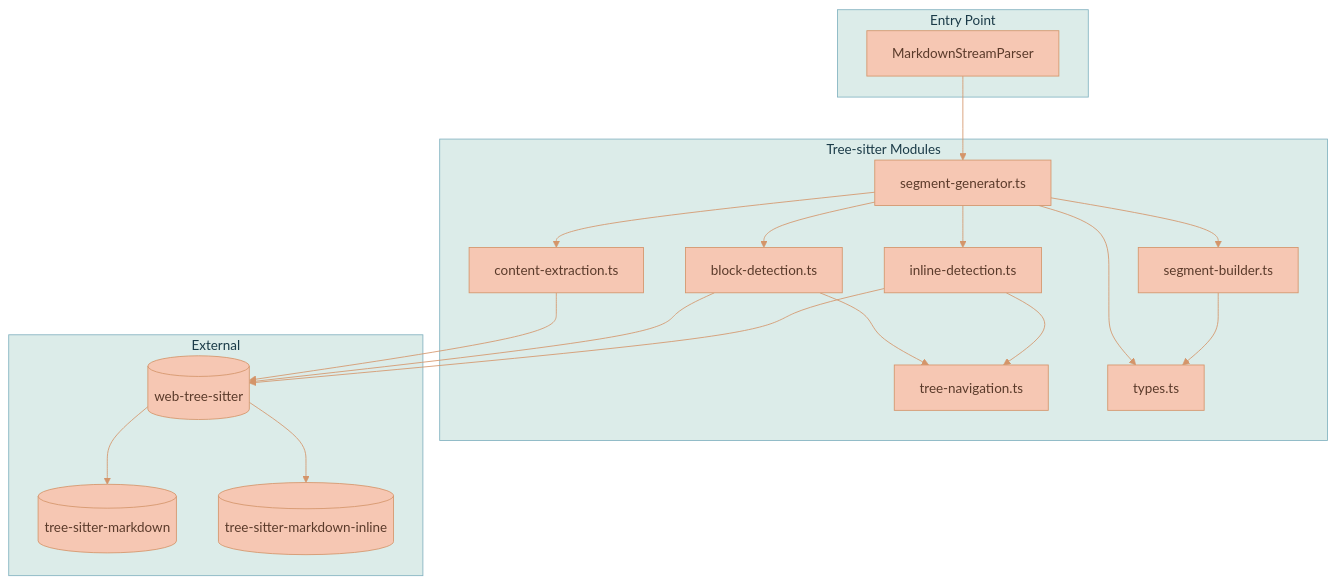
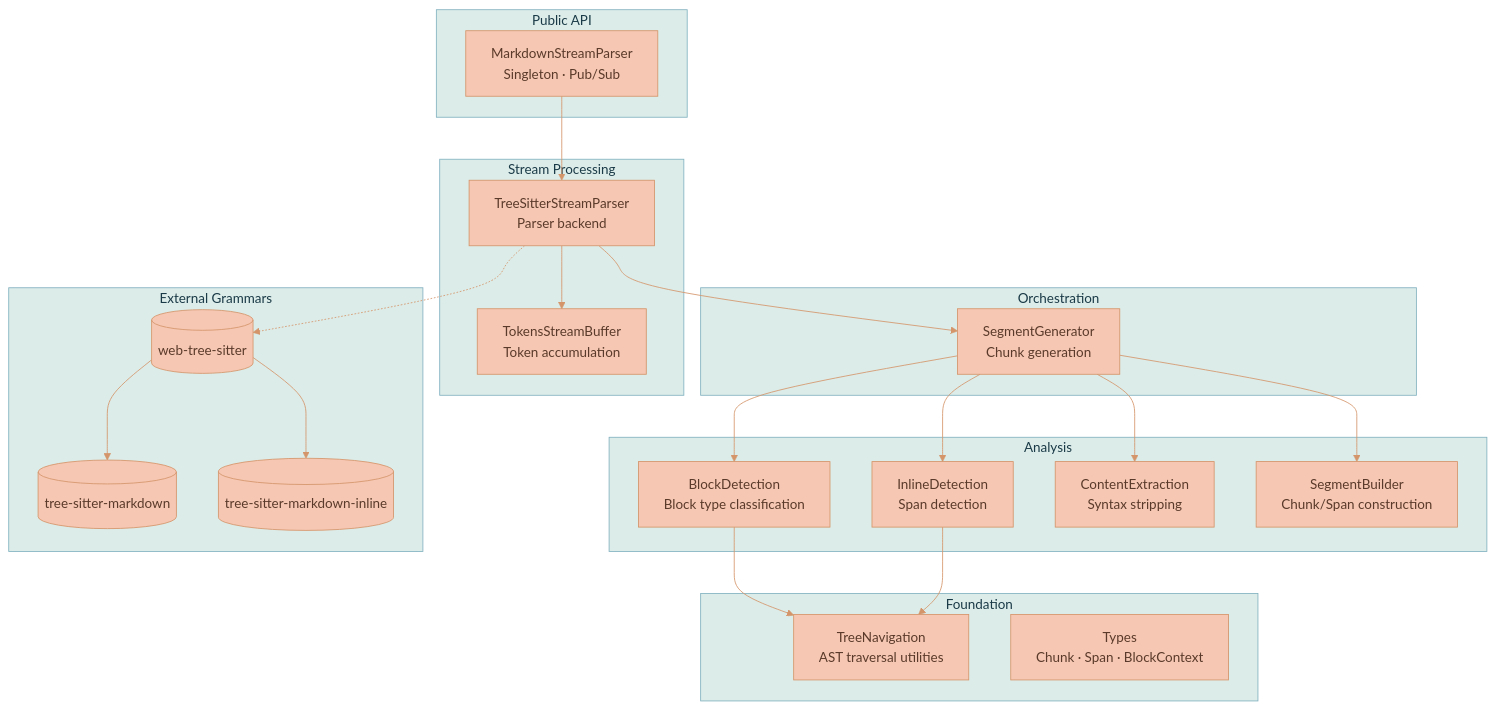
The second of 3 diagrams in README.md (fructusmortus/markdown-stream-parser), drawn with Mermaid before and after one commit. The commit also changed other lines of this file and 1 other file, not shown here.

````diff
--- a/README.md
+++ b/README.md
@@ -422,38 +433,45 @@
 ```mermaid
 %%{init: {'theme': 'base', 'themeVariables': { 'primaryColor': '#F6C7B3', 'primaryTextColor': '#5a3a2a', 'primaryBorderColor': '#d4956a', 'secondaryColor': '#C3DEDD', 'secondaryTextColor': '#1a3a47', 'secondaryBorderColor': '#4a8a9d', 'tertiaryColor': '#DCECE9', 'tertiaryTextColor': '#1a3a47', 'tertiaryBorderColor': '#82B2C0', 'lineColor': '#d4956a', 'textColor': '#5a3a2a'}}}%%
 graph TB
-    subgraph "Entry Point"
-        Parser[MarkdownStreamParser]
+    subgraph "Public API"
+        Parser[MarkdownStreamParser<br/>Singleton · Pub/Sub]
     end
 
-    subgraph "Tree-sitter Modules"
-        SG[segment-generator.ts]
-        BD[block-detection.ts]
-        ID[inline-detection.ts]
-        CE[content-extraction.ts]
-        TN[tree-navigation.ts]
-        SB[segment-builder.ts]
-        TY[types.ts]
+    subgraph "Stream Processing"
+        Backend[TreeSitterStreamParser<br/>Parser backend]
+        Buffer[TokensStreamBuffer<br/>Token accumulation]
     end
 
-    subgraph "External"
-        TS[(web-tree-sitter)]
-        MD[(tree-sitter-markdown)]
-        MDI[(tree-sitter-markdown-inline)]
+    subgraph "Orchestration"
+        SegGen[SegmentGenerator<br/>Chunk generation]
     end
 
-    Parser --> SG
-    SG --> BD
-    SG --> ID
-    SG --> CE
-    SG --> SB
-    SG --> TY
+    subgraph "Analysis"
+        BD[BlockDetection<br/>Block type classification]
+        ID[InlineDetection<br/>Span detection]
+        CE[ContentExtraction<br/>Syntax stripping]
+        SB[SegmentBuilder<br/>Chunk/Span construction]
+    end
+
+    subgraph "Foundation"
+        TN[TreeNavigation<br/>AST traversal utilities]
+        Types[Types<br/>Chunk · Span · BlockContext]
+    end
+
+    subgraph "External Grammars"
+        TS[(web-tree-sitter)]
+        TS --> MD[(tree-sitter-markdown)]
+        TS --> MDI[(tree-sitter-markdown-inline)]
+    end
+
+    Parser --> Backend
+    Backend --> Buffer
+    Backend --> SegGen
+    Backend -.-> TS
+    SegGen --> BD
+    SegGen --> ID
+    SegGen --> CE
+    SegGen --> SB
     BD --> TN
     ID --> TN
-    SB --> TY
-    CE --> TS
-    BD --> TS
-    ID --> TS
-    TS --> MD
-    TS --> MDI
 ```
````
